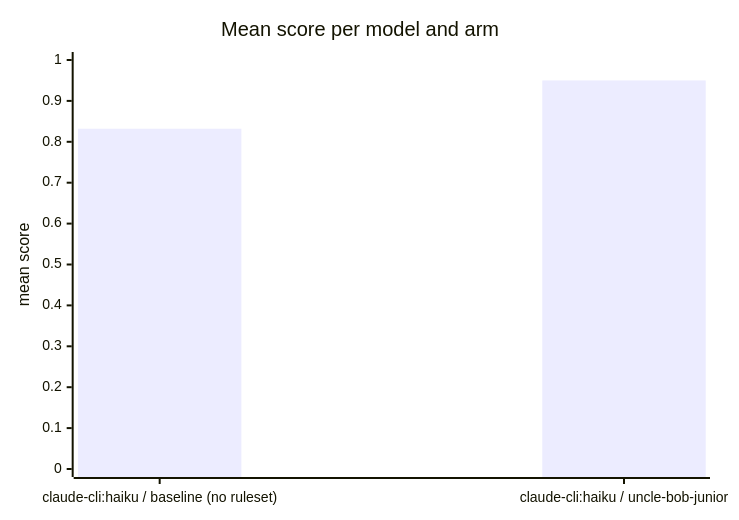
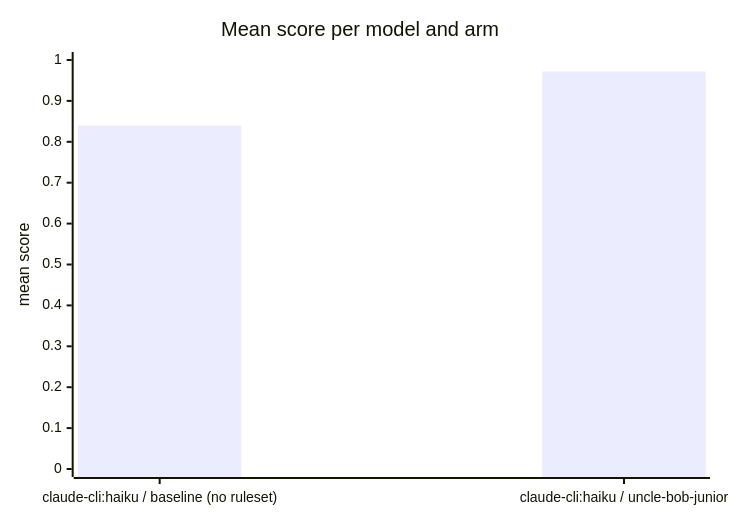
One commit to coenraadhuman/uncle-bob-junior changed the diagram in benchmarks/results/eval-y3l-2026-08-29t14-34-28/report.md. Above: the diagram before and after it, drawn with Mermaid. The commit also changed other lines of this file and 733 other files, not shown here.

````diff
--- a/benchmarks/results/eval-y3l-2026-08-29t14-34-28/report.md
+++ b/benchmarks/results/eval-y3l-2026-08-29t14-34-28/report.md
@@ -59,7 +59,7 @@
 ```mermaid
 xychart-beta
     title "Mean score per model and arm"
     x-axis ["claude-cli:haiku / baseline (no ruleset)", "claude-cli:haiku / uncle-bob-junior"]
     y-axis "mean score" 0 --> 1
-    bar [0.832, 0.950]
+    bar [0.840, 0.972]
 ```
````
